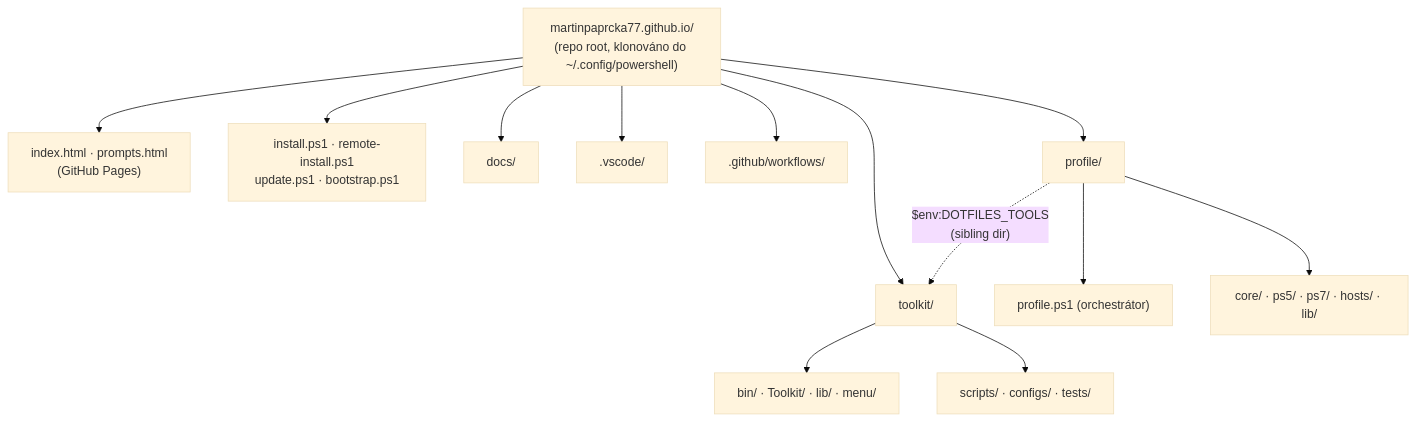
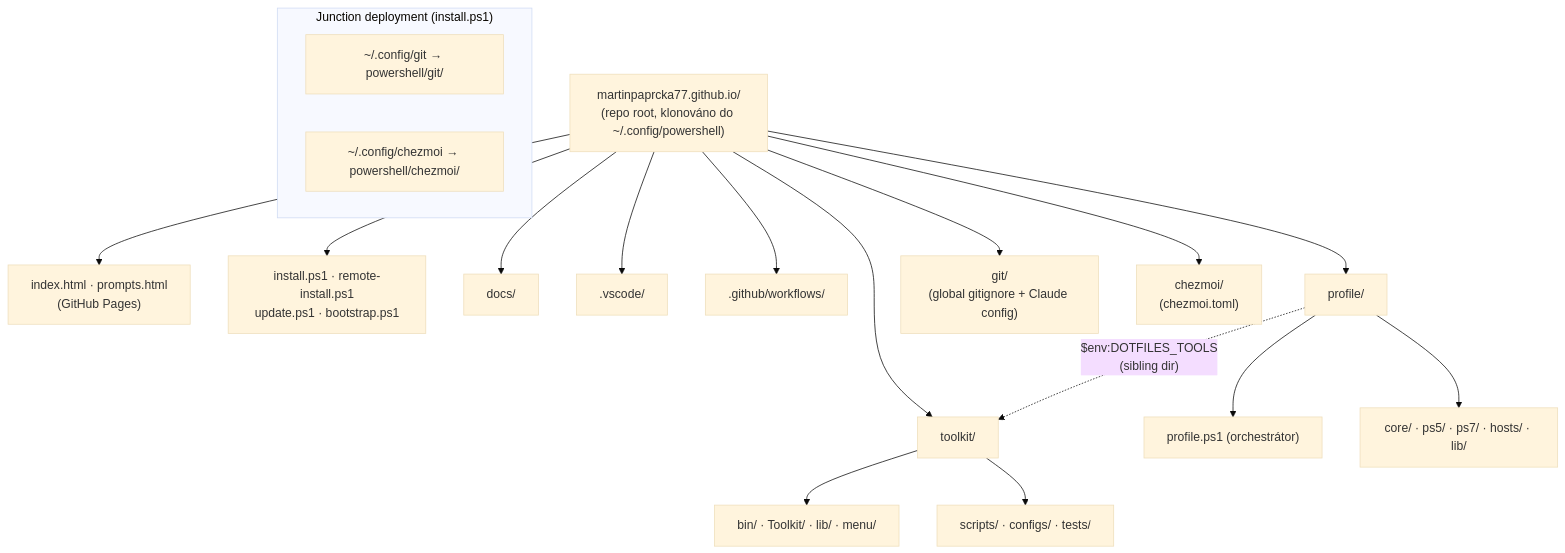
Before and after one commit to martinpaprcka77/martinpaprcka77.github.io: the first of 7 diagrams in docs/ARCHITECTURE.md, drawn with Mermaid (base theme). The commit also changed other lines of this file and 2 other files, not shown here.

Commit message:
Update docs: add git/ and chezmoi/ to structure, architecture, roadmap

````diff
--- a/docs/ARCHITECTURE.md
+++ b/docs/ARCHITECTURE.md
@@ -9,19 +9,26 @@
 ```mermaid
 graph TB
     ROOT["martinpaprcka77.github.io/<br/>(repo root, klonováno do ~/.config/powershell)"]
     ROOT --> SITE["index.html · prompts.html<br/>(GitHub Pages)"]
     ROOT --> BOOT["install.ps1 · remote-install.ps1<br/>update.ps1 · bootstrap.ps1"]
     ROOT --> DOCS["docs/"]
     ROOT --> VSC[".vscode/"]
     ROOT --> CI[".github/workflows/"]
     ROOT --> PROFILE["profile/"]
     ROOT --> TOOLKIT["toolkit/"]
+    ROOT --> GITDIR["git/<br/>(global gitignore + Claude config)"]
+    ROOT --> CHEZMOI["chezmoi/<br/>(chezmoi.toml)"]
 
     PROFILE --> P1["profile.ps1 (orchestrátor)"]
     PROFILE --> P2["core/ · ps5/ · ps7/ · hosts/ · lib/"]
 
     TOOLKIT --> T1["bin/ · Toolkit/ · lib/ · menu/"]
     TOOLKIT --> T2["scripts/ · configs/ · tests/"]
 
     PROFILE -.->|"$env:DOTFILES_TOOLS<br/>(sibling dir)"| TOOLKIT
+
+    subgraph "Junction deployment (install.ps1)"
+        J1["~/.config/git → powershell/git/"]
+        J2["~/.config/chezmoi → powershell/chezmoi/"]
+    end
 ```
````
